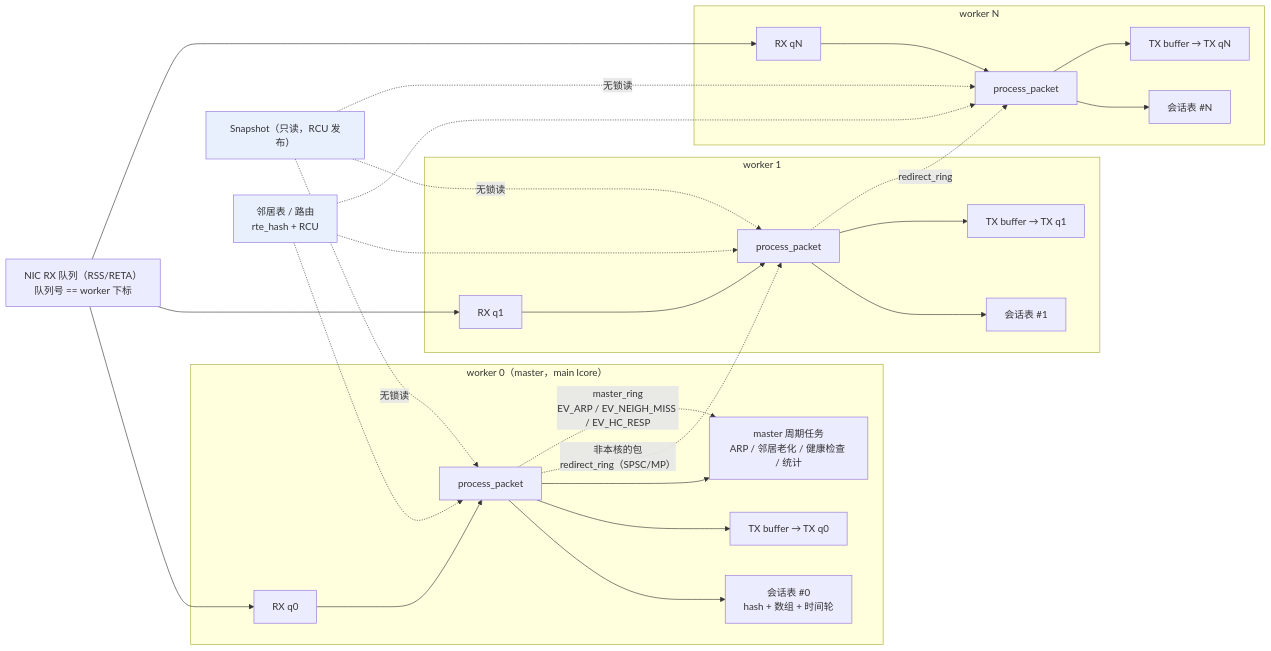
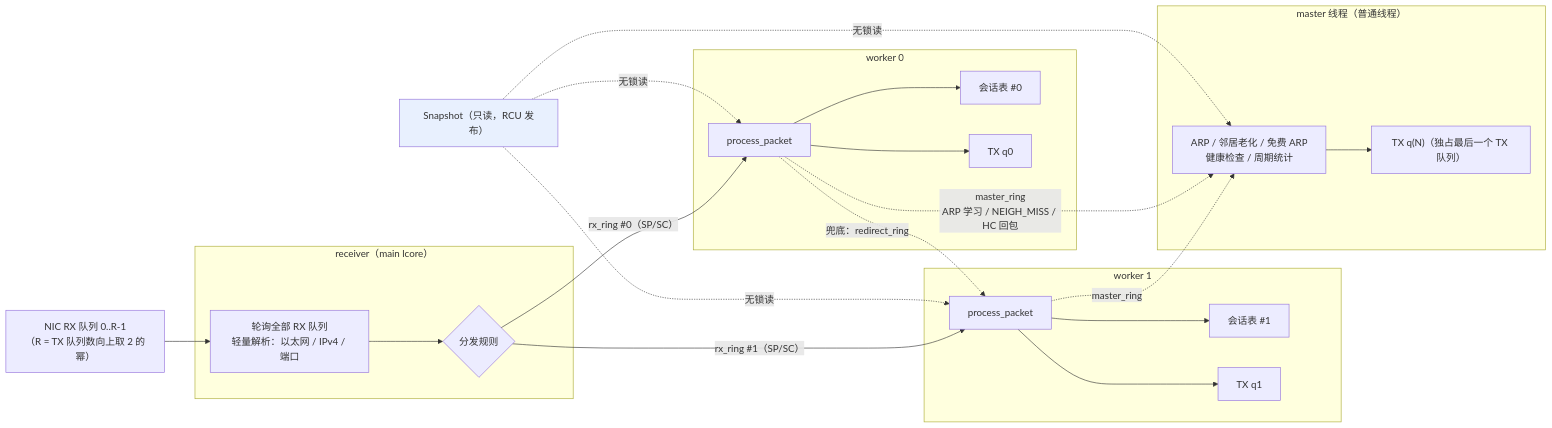
One commit to lymdgit/l4-loadbalancer changed the second of 6 diagrams in docs/架构图.md. Above: the diagram before and after it, drawn with Mermaid. The commit also changed other lines of this file and 6 other files, not shown here.

````diff
--- a/docs/架构图.md
+++ b/docs/架构图.md
@@ -69,44 +84,40 @@
 ```mermaid
 graph LR
-    NICQ["NIC RX 队列（RSS/RETA）<br/>队列号 == worker 下标"]
+    NICQ["NIC RX 队列 0..R-1<br/>（R = TX 队列数向上取 2 的幂）"]
 
-    subgraph W0["worker 0（master，main lcore）"]
-        R0["RX q0"] --> P0["process_packet"]
-        P0 --> S0["会话表 #0<br/>hash + 数组 + 时间轮"]
-        P0 --> T0["TX buffer → TX q0"]
-        P0 --> M0["master 周期任务<br/>ARP / 邻居老化 / 健康检查 / 统计"]
+    subgraph RX["receiver（main lcore）"]
+        RP["轮询全部 RX 队列<br/>轻量解析：以太网 / IPv4 / 端口"]
+        RD{"分发规则"}
+        RP --> RD
+    end
+
+    subgraph W0["worker 0"]
+        P0["process_packet"] --> S0["会话表 #0"]
+        P0 --> T0["TX q0"]
     end
 
     subgraph W1["worker 1"]
-        R1["RX q1"] --> P1["process_packet"]
-        P1 --> S1["会话表 #1"]
-        P1 --> T1["TX buffer → TX q1"]
+        P1["process_packet"] --> S1["会话表 #1"]
+        P1 --> T1["TX q1"]
     end
 
-    subgraph WN["worker N"]
-        RN["RX qN"] --> PN["process_packet"]
-        PN --> SN["会话表 #N"]
-        PN --> TN["TX buffer → TX qN"]
+    subgraph MT["master 线程（普通线程）"]
+        M0["ARP / 邻居老化 / 免费 ARP<br/>健康检查 / 周期统计"]
+        MT0["TX q(N)（独占最后一个 TX 队列）"]
+        M0 --> MT0
     end
 
-    NICQ --> R0
-    NICQ --> R1
-    NICQ --> RN
-
-    P0 -.->|"非本核的包<br/>redirect_ring（SPSC/MP）"| P1
-    P1 -.->|redirect_ring| PN
-    P0 -.->|"master_ring<br/>EV_ARP / EV_NEIGH_MISS / EV_HC_RESP"| M0
+    NICQ --> RP
+    RD -->|"rx_ring #0（SP/SC）"| P0
+    RD -->|"rx_ring #1（SP/SC）"| P1
+    P0 -.->|"兜底：redirect_ring"| P1
+    P0 -.->|"master_ring<br/>ARP 学习 / NEIGH_MISS / HC 回包"| M0
+    P1 -.->|master_ring| M0
 
     SNAPX["Snapshot（只读，RCU 发布）"]
     SNAPX -.->|无锁读| P0
     SNAPX -.->|无锁读| P1
-    SNAPX -.->|无锁读| PN
-
-    NEIGHT["邻居表 / 路由<br/>rte_hash + RCU"]
-    NEIGHT -.-> P0
-    NEIGHT -.-> P1
-    NEIGHT -.-> PN
+    SNAPX -.->|无锁读| M0
 
     style SNAPX fill:#e8f0fe
-    style NEIGHT fill:#e8f0fe
 ```
````
